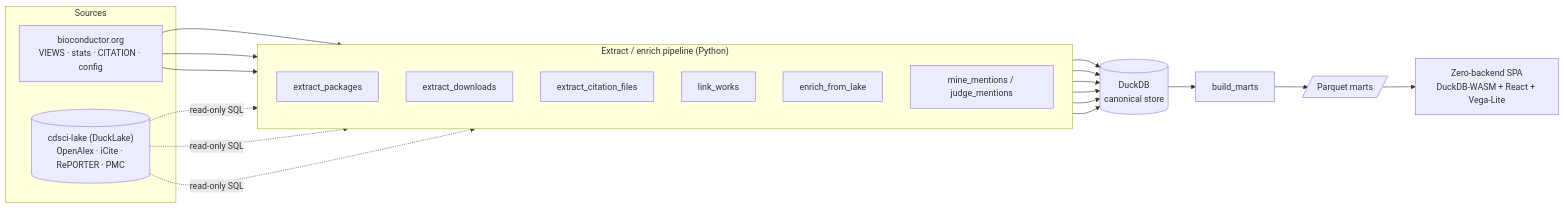
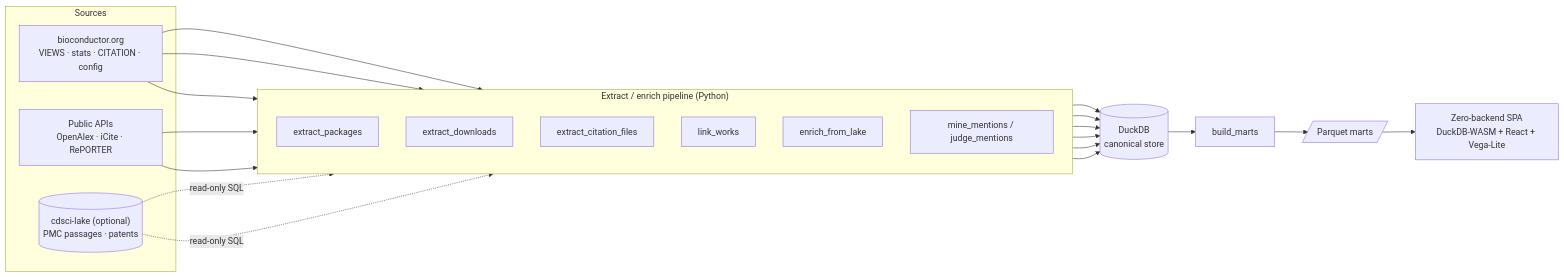
Before and after one commit to seandavi/bioc-intelligence: the diagram in README.md, drawn with Mermaid. The commit also changed other lines of this file and 20 other files, not shown here.

````diff
--- a/README.md
+++ b/README.md
@@ -52,27 +54,29 @@
 ```mermaid
 flowchart LR
   subgraph src["Sources"]
     BIOC["bioconductor.org<br/>VIEWS · stats · CITATION · config"]
-    LAKE[("cdsci-lake (DuckLake)<br/>OpenAlex · iCite · RePORTER · PMC")]
+    APIS["Public APIs<br/>OpenAlex · iCite · RePORTER"]
+    LAKE[("cdsci-lake (optional)<br/>PMC passages · patents")]
   end
 
   subgraph pipe["Extract / enrich pipeline (Python)"]
     direction TB
     EP["extract_packages"]
     ED["extract_downloads"]
     EC["extract_citation_files"]
     LW["link_works"]
     EN["enrich_from_lake"]
     MM["mine_mentions / judge_mentions"]
   end
 
   DB[("DuckDB<br/>canonical store")]
   BM["build_marts"]
   MARTS[/"Parquet marts"/]
   SPA["Zero-backend SPA<br/>DuckDB-WASM + React + Vega-Lite"]
 
   BIOC --> EP & ED & EC
-  LAKE -. "read-only SQL" .-> LW & EN & MM
+  APIS --> LW & EN
+  LAKE -. "read-only SQL" .-> MM & EN
   EP & ED & EC & LW & EN & MM --> DB
   DB --> BM --> MARTS --> SPA
 ```
````
